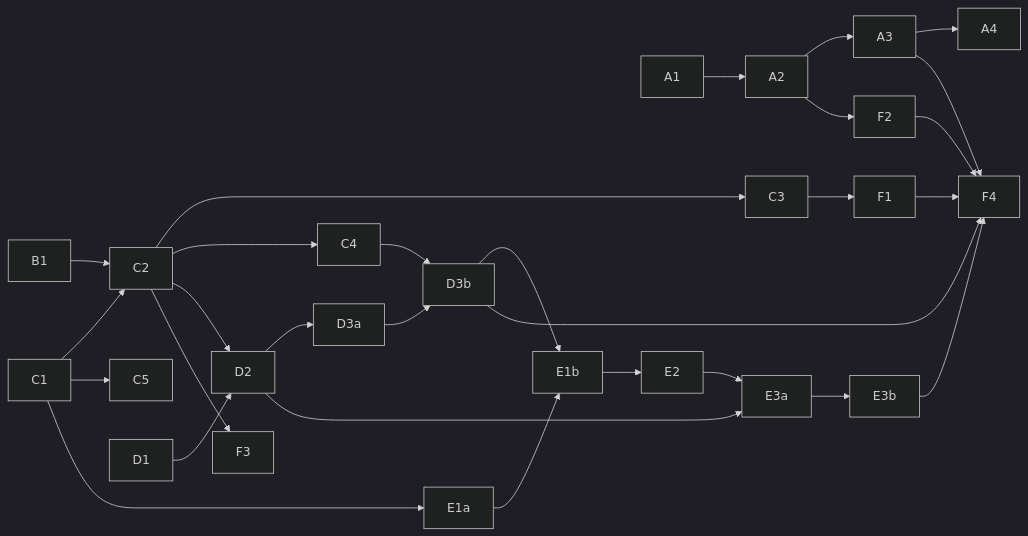
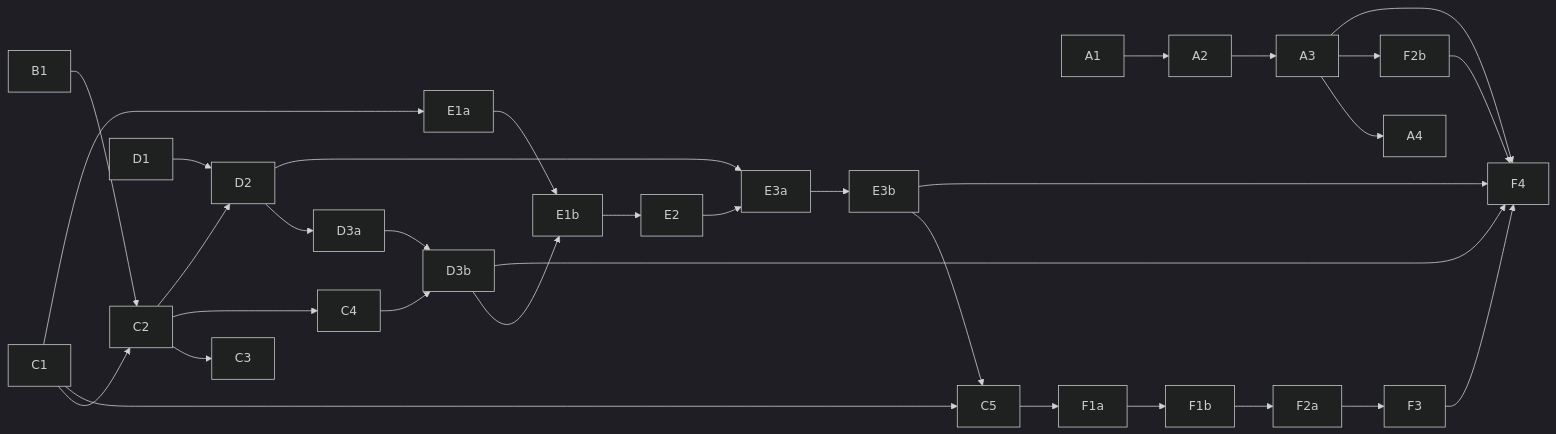
One commit to vinh466/tohe-play changed the diagram in plans/public-launch/delivery.md. Above: the diagram before and after it, drawn with Mermaid (dark theme). The commit also changed other lines of this file and 5 other files, not shown here.

````diff
--- a/plans/public-launch/delivery.md
+++ b/plans/public-launch/delivery.md
@@ -35,20 +35,20 @@
 ```mermaid
 flowchart LR
   A1 --> A2 --> A3 --> A4
-  A2 --> F2
+  A3 --> F2b
   B1 --> C2
-  C1 --> C2 --> C3 --> F1
+  C1 --> C2 --> C3
   C2 --> C4 --> D3b
   C1 --> C5
-  C1 --> E1a --> E1b --> E2 --> E3a --> E3b
+  C1 --> E1a --> E1b --> E2 --> E3a --> E3b --> C5
+  C5 --> F1a --> F1b --> F2a --> F3
   D3b --> E1b
   D1 --> D2 --> D3a --> D3b
   C2 --> D2
   D2 --> E3a
-  C2 --> F3
   A3 --> F4
+  F2b --> F4
+  F3 --> F4
   D3b --> F4
   E3b --> F4
-  F1 --> F4
-  F2 --> F4
 ```
````
